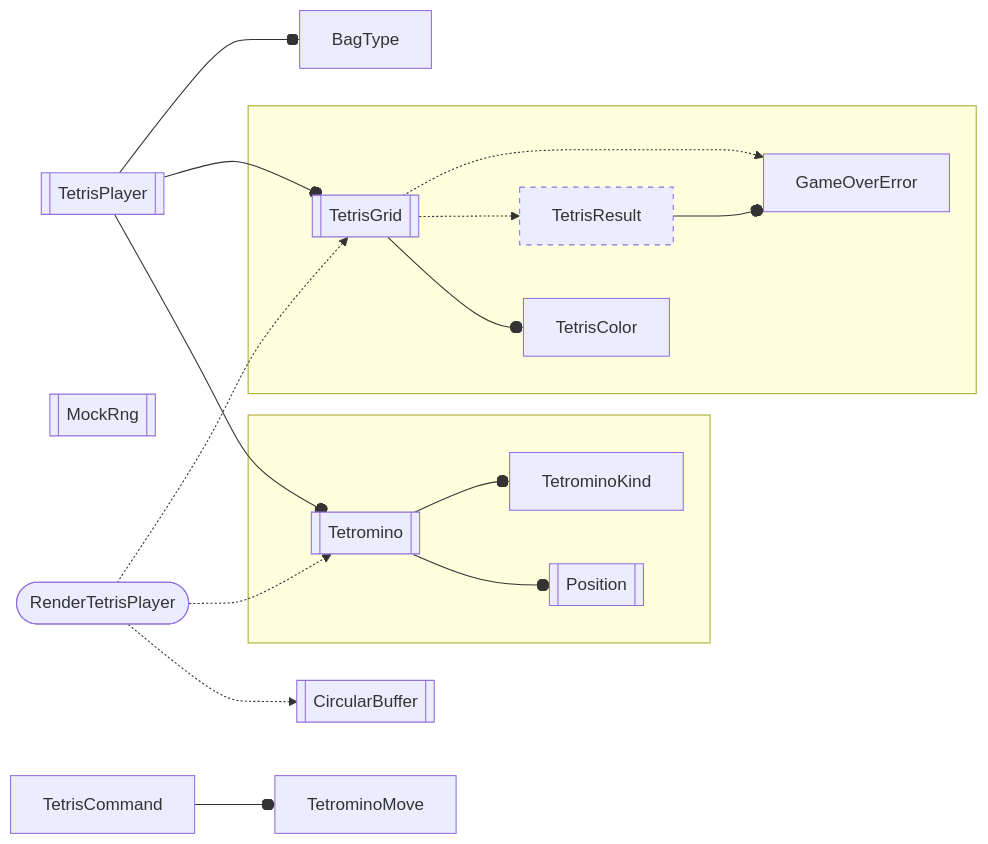
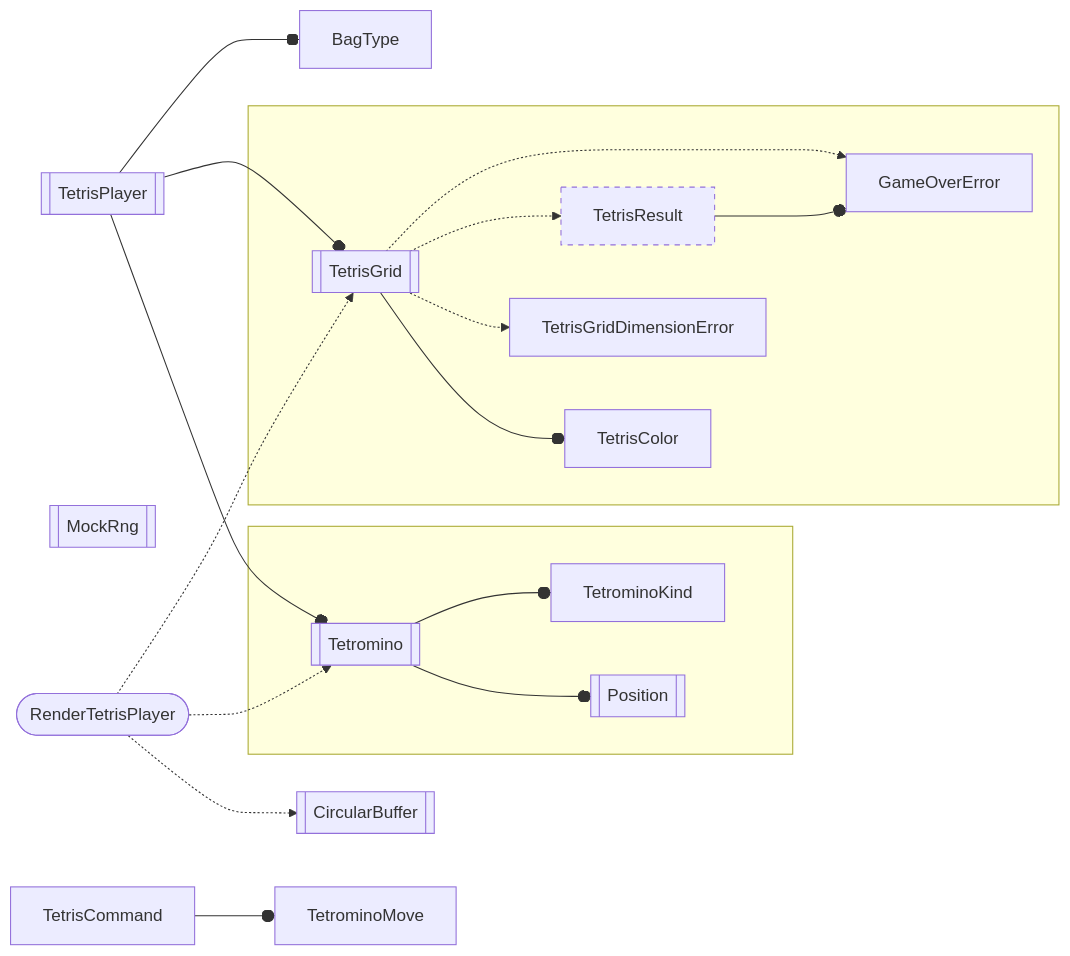
The diagram in core_tetris/src/core_tetris.mmd (inesvar/tetris), drawn with Mermaid before and after one commit. The commit also changed 1 other file, not shown here.

```diff
--- a/core_tetris/src/core_tetris.mmd
+++ b/core_tetris/src/core_tetris.mmd
@@ -1,45 +1,47 @@
 graph LR
     %% objects
     BagType[BagType]
     TetrisGrid[[TetrisGrid]]
     GameOverError[GameOverError]
     TetrisResult[TetrisResult]
     Tetromino[[Tetromino]]
     Position[[Position]]
     TetrisColor[TetrisColor]
     TetrisPlayer[[TetrisPlayer]]
     MockRng[[MockRng]]
     TetrisCommand[TetrisCommand]
     TetrominoKind[TetrominoKind]
     RenderTetrisPlayer([RenderTetrisPlayer])
     CircularBuffer[[CircularBuffer]]
+    TetrisGridDimensionError[TetrisGridDimensionError]
 
     TetrisCommand --o TetrominoMove
     RenderTetrisPlayer -.-> CircularBuffer
 
     TetrisPlayer
     MockRng
     RenderTetrisPlayer
 
     TetrisPlayer --o Tetromino
     RenderTetrisPlayer -.-> Tetromino
 
     subgraph tetromino[" "]
         Tetromino --o Position
         Tetromino --o TetrominoKind
     end
 
 
     subgraph tetris_grid[" "]
         TetrisGrid --o TetrisColor
+        TetrisGrid -.-> TetrisGridDimensionError
         TetrisGrid -.-> TetrisResult
         TetrisResult --o GameOverError
         TetrisGrid -.-> GameOverError
     end
 
     RenderTetrisPlayer -.-> TetrisGrid
     TetrisPlayer --o TetrisGrid
     TetrisPlayer --o BagType
 
     
     style TetrisResult stroke-dasharray: 5 5;
```
